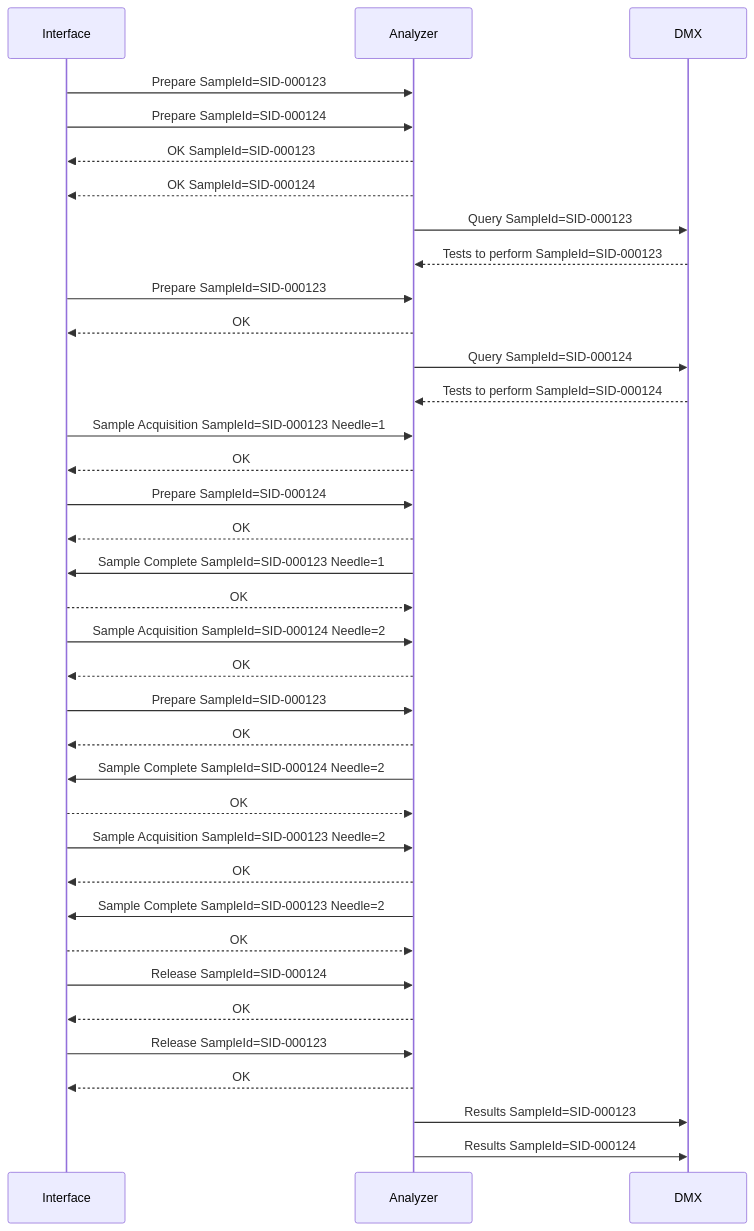
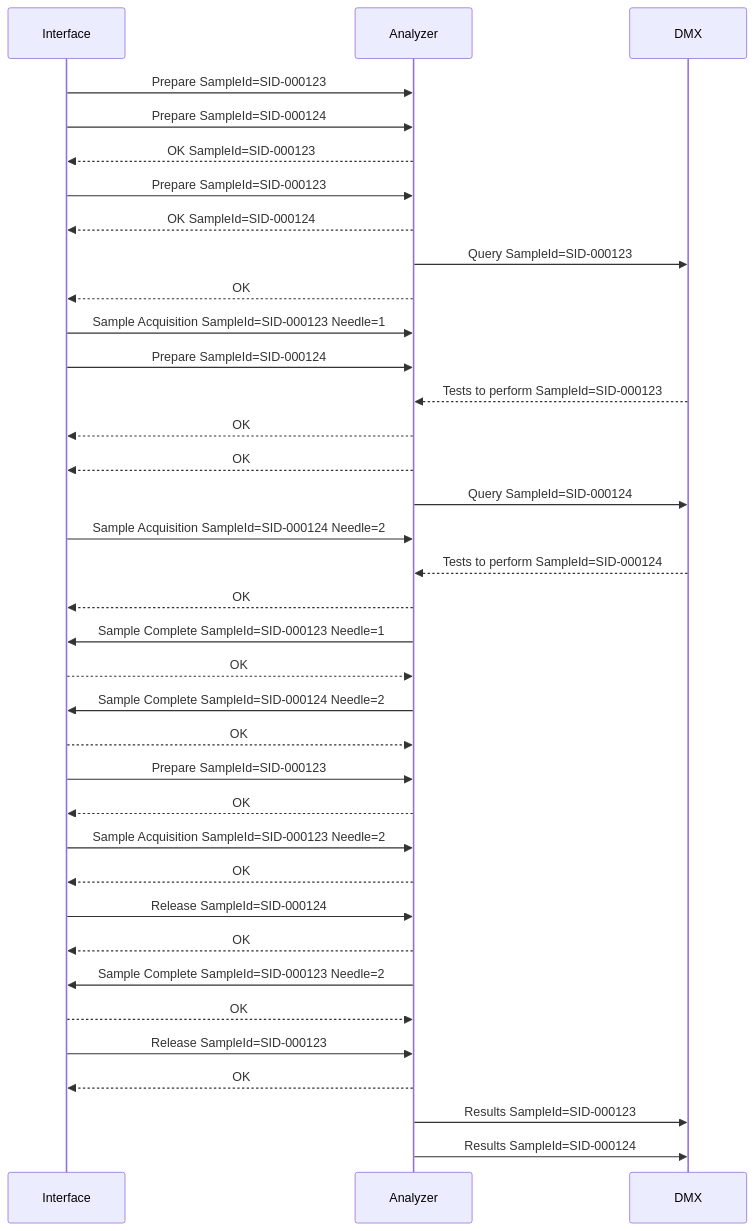
The diagram in scenes/13_spur2_happy_path.mmd (specialk74/trackviz), drawn with Mermaid before and after one commit. The commit also changed 31 other files, not shown here.

```diff
--- a/scenes/13_spur2_happy_path.mmd
+++ b/scenes/13_spur2_happy_path.mmd
@@ -1,199 +1,144 @@
 %% # Scene 13 — spur with one analyzer and two needles, happy path
 %% # C1 needs both needles, C2 only needle 2: Prepare at the NSD, Prepare again at each
 %% # divert that diverts it, one Sample Acquisition per needle with the Needle parameter.
 %% # Carrier flow: right to left on the Main-Lane, up the spur, down the back branch.
 %% # Coordinates are in a fixed 1920x1080 space (track panel: x 30..950, y 120..885).
 %% # Points left of x=30 or right of x=950 are outside the panel (hidden).
 %% geometry spur2
 %% subtitle Spur with one analyzer and two sampling points — happy path
 sequenceDiagram
     participant IF as Interface
     participant AN as Analyzer
     participant DMX as DMX
 
-    %% carrier C1 SID-000123 route=main_in,nsd,pit_in,w1c,w1b,spur_in,w1,d1,q2,pc1,q1,s1,pt1u,rj1,w2,d2,qb2,pc2,qb1,s2,pt2u,rj2,top_r,top_l,back,po,merge,iface_out,main_out,gone speed=120
-    %% carrier C2 SID-000124 route=spawn,main_in,nsd,pit_in,w1c,w1b,spur_in,w1,d1,w2,d2,qb2,pc2,qb1,s2,pt2u,rj2,top_r,top_l,back,po,merge,iface_out,main_out,gone speed=120 color=#0EA5E9
+    %% carrier C1 SID-000123 route=main_in,nsd,pit_in,w1c,w1b,spur_in,w1,d1,q2,pc1,q1,s1,pt1u,rj1,w2,d2,qb2,pc2,qb1,s2,pt2u,rj2,top_r,top_l,back,po,merge,iface_out,main_out,gone
+    %% carrier C2 SID-000124 route=spawn,main_in,nsd,pit_in,w1c,w1b,spur_in,w1,d1,w2,d2,qb2,pc2,qb1,s2,pt2u,rj2,top_r,top_l,back,po,merge,iface_out,main_out,gone color=#0EA5E9
 
-    %% at 0
     %% caption 1 · One analyzer, two sampling points | The spur serves one analyzer with two needles, each on its own pit-lane. Which needles a sample needs depends on its tests: one of them, or both.
-    %% at 1
-    %% move C1 to nsd ease=in
-    %% at 1.6
-    %% move C2 to nsd ease=linear
-    %% when C1 at nsd
-    %% caption 2 · Diverted — Prepare | Each carrier is diverted into the spur without stopping, and the interface sends Prepare to the analyzer.
-    %% when C1 at nsd
+    %% at 2.5
+    %% move C1 to nsd
+    %% at 2.89
+    %% move C2 to nsd
+    %% on antenna1 C1
     %% highlight nsd duration=1.6
-    %% when C1 at nsd
+    %% on antenna1
     IF->>AN: Prepare SampleId=SID-000123
-    %% when C1 at nsd
-    %% move C1 to d1 ease=out
-    %% when C2 at nsd
-    %% move C2 to w1 ease=out
-    %% when C2 at nsd
+    %% on antenna1
+    %% move C1 to d1
+    %% on antenna1
+    %% move C2 to d1
+    %% on antenna1 C2
     %% highlight nsd duration=1.6
-    %% when C2 at nsd
+    %% on antenna1
     IF->>AN: Prepare SampleId=SID-000124
-    %% when prepare C1 sent
-    %% delay 1.7
+    %% after 0.2 Prepare C1
     AN-->>IF: OK SampleId=SID-000123
-    %% when prepare C2 sent
-    %% delay 1.7
-    AN-->>IF: OK SampleId=SID-000124
-    %% when sample_ok C1 arrived
-    %% delay 0.2
-    AN->>DMX: Query SampleId=SID-000123
-    %% when query C1 sent
-    %% delay 1.7
-    DMX-->>AN: Tests to perform SampleId=SID-000123
-    %% when C1 at d1
+    %% on antenna2 C1
     %% highlight div1 duration=0.6
-    %% when C1 at d1
-    %% caption 3 · Standard divert — Prepare again | Unlike at the entrance of the spur, here the carrier stops and is read. This sample needs needle 1: Prepare again, then it is diverted while the next carrier stops behind.
-    %% when C1 at d1
-    %% delay 0.1
+    %% on antenna2 C1
+    %% caption 2 · Standard divert — Prepare again | Each carrier is diverted into the spur without stopping (Prepare), then stops at the divert and is read. The first needs needle 1: Prepare again and diverted. The second only needs needle 2: straight on.
+    %% after 0.1 antenna2 C1
     %% color #9333EA
     IF->>AN: Prepare SampleId=SID-000123
-    %% when prepare_again C1 arrived
-    %% delay 0.1
+    %% after 0.2 Prepare C2
+    AN-->>IF: OK SampleId=SID-000124
+    %% after 0.6 antenna2 C1
+    %% move C1 to s1
+    %% on antenna2 C2
+    %% highlight div1 duration=0.6
+    %% after 0.2 OK C1
+    AN->>DMX: Query SampleId=SID-000123
+    %% after 0.401 antenna2 C2
+    %% move C2 to d2
+    %% after 0.1 Prepare C1
     %% for C1
     AN-->>IF: OK
-    %% when C1 at d1
-    %% delay 0.6
-    %% move C1 to s1 ease=inout
-    %% when tests C1 arrived
-    %% delay 0.1
-    AN->>DMX: Query SampleId=SID-000124
-    %% when C2 at w1
-    %% delay 1.575
-    %% move C2 to d1 ease=inout
-    %% when query C2 sent
-    %% delay 1.7
-    DMX-->>AN: Tests to perform SampleId=SID-000124
-    %% when C2 at d1
-    %% highlight div1 duration=0.6
-    %% when C2 at d1
-    %% caption 4 · The next carrier goes straight on | The second carrier also stops and is read, but it only needs needle 2: it goes straight on to the second divert, where it gets Prepare again.
-    %% when C2 at d1
-    %% delay 0.401
-    %% move C2 to d2 ease=inout
-    %% when C1 at s1
-    %% delay 0.3
+    %% after 0.3 antenna3 C1
     IF->>AN: Sample Acquisition SampleId=SID-000123 Needle=1
-    %% when sample_acquisition_needle C1 arrived
-    %% delay 0.1
+    %% on antenna4 C2
+    %% highlight div2 duration=0.6
+    %% after 0.1 antenna4 C2
+    %% color #9333EA
+    IF->>AN: Prepare SampleId=SID-000124
+    %% after 0.2 Query C1
+    DMX-->>AN: Tests to perform SampleId=SID-000123
+    %% after 0.6 antenna4 C2
+    %% move C2 to s2
+    %% after 0.1 Sample Acquisition C1
     %% for C1
     AN-->>IF: OK
-    %% when analyzer_ok C1 arrived
-    %% delay 0.1
-    %% pipette sp1 duration=4
-    %% when C2 at d2
-    %% highlight div2 duration=0.6
-    %% when C2 at d2
-    %% delay 0.1
-    %% color #9333EA
-    IF->>AN: Prepare SampleId=SID-000124
-    %% when prepare_again C2 arrived
-    %% delay 0.1
+    %% after 0.1 Prepare C2
     %% for C2
     AN-->>IF: OK
-    %% when C2 at d2
-    %% delay 0.6
-    %% move C2 to s2 ease=inout
-    %% when pipette sp1 done
-    %% delay 0.2
+    %% after 0.1 Tests to perform C1
+    AN->>DMX: Query SampleId=SID-000124
+    %% after 0.2 antenna5 C2
+    IF->>AN: Sample Acquisition SampleId=SID-000124 Needle=2
+    %% after 0.1 OK C1
+    %% pipette sp1 duration=4
+    %% after 0.2 Query C2
+    DMX-->>AN: Tests to perform SampleId=SID-000124
+    %% after 0 Sample Acquisition C2
+    %% caption 3 · Sample Acquisition with the needle id | There is one Sample Acquisition for each sampling point: the Needle parameter tells the analyzer which needle must come out. Sample Complete carries the same id.
+    %% after 0.1 Sample Acquisition C2
+    %% for C2
+    AN-->>IF: OK
+    %% after 0.1
+    %% pipette sp2 duration=4
+    %% after 0.2 pipette sp1
     AN->>IF: Sample Complete SampleId=SID-000123 Needle=1
-    %% when sample_complete_needle C1 arrived
-    %% delay 0.1
+    %% after 0.1
     %% for C1
     IF-->>AN: OK
-    %% when C2 at s2
-    %% delay 0.2
-    IF->>AN: Sample Acquisition SampleId=SID-000124 Needle=2
-    %% when sample_acquisition_needle C2 arrived
-    %% delay 0.1
+    %% after 0.2 pipette sp2
+    AN->>IF: Sample Complete SampleId=SID-000124 Needle=2
+    %% after 0 OK C1
+    %% move C1 to d2
+    %% after 0.1 Sample Complete C2
+    %% for C2
+    IF-->>AN: OK
+    %% on antenna4 C1
+    %% caption 4 · The first sample also needs needle 2 | Leaving needle 1 the carrier stops at the second divert: Prepare again. It also needs needle 2, so it enters the second pit-lane right away, even if the carrier ahead is still there.
+    %% on antenna4 C1
+    %% highlight div2 duration=0.6
+    %% after 0.1 antenna4 C1
+    %% color #9333EA
+    IF->>AN: Prepare SampleId=SID-000123
+    %% after 0 OK C2
+    %% move C1 to s2
+    %% after 0 OK C2
+    %% move C2 to gone
+    %% after 0.1 Prepare C1
+    %% for C1
+    AN-->>IF: OK
+    %% after 0.2 antenna5 C1
+    IF->>AN: Sample Acquisition SampleId=SID-000123 Needle=2
+    %% after 0.1
+    %% for C1
+    AN-->>IF: OK
+    %% after 0.1
+    %% pipette sp2 duration=4
+    %% on antenna6 C2
+    %% caption 5 · Release | Leaving the interface module each carrier gets one Release, however many needles sampled it.
+    %% on antenna6
+    IF->>AN: Release SampleId=SID-000124
+    %% after 0.1
     %% for C2
     AN-->>IF: OK
-    %% when sample_acquisition_needle C2 sent
-    %% delay 0.001
-    %% caption 5 · Sample Acquisition with the needle id | There is one Sample Acquisition for each sampling point: the Needle parameter tells the analyzer which needle must come out. Sample Complete carries the same id.
-    %% when interface_ok C1 sent
-    %% move C1 to d2 ease=inout
-    %% when analyzer_ok C2 arrived
-    %% delay 0.1
-    %% pipette sp2 duration=4
-    %% when C1 at d2
-    %% caption 6 · The first sample also needs needle 2 | Leaving needle 1 the carrier stops at the second divert: Prepare again. It also needs needle 2, so it enters the second pit-lane right away, even if the carrier ahead is still there.
-    %% when C1 at d2
-    %% highlight div2 duration=0.6
-    %% when C1 at d2
-    %% delay 0.1
-    %% color #9333EA
-    IF->>AN: Prepare SampleId=SID-000123
-    %% when prepare_again C1 arrived
-    %% delay 0.1
+    %% after 0.2 pipette sp2
+    AN->>IF: Sample Complete SampleId=SID-000123 Needle=2
+    %% after 0.1
+    %% for C1
+    IF-->>AN: OK
+    %% move C1 to gone
+    %% on antenna6
+    IF->>AN: Release SampleId=SID-000123
+    %% after 0.1
     %% for C1
     AN-->>IF: OK
-    %% when pipette sp2 done
-    %% delay 0.2
-    AN->>IF: Sample Complete SampleId=SID-000124 Needle=2
-    %% when sample_complete_needle C2 arrived
-    %% delay 0.1
-    %% for C2
-    IF-->>AN: OK
-    %% when interface_ok C2 sent
-    %% move C1 to s2 ease=inout
-    %% when interface_ok C2 sent
-    %% move C2 to pt2u ease=in
-    %% when C2 at pt2u
-    %% move C2 to merge ease=linear
-    %% when C1 at s2
-    %% delay 0.2
-    IF->>AN: Sample Acquisition SampleId=SID-000123 Needle=2
-    %% when sample_acquisition_needle C1 arrived
-    %% delay 0.1
-    %% for C1
-    AN-->>IF: OK
-    %% when analyzer_ok C1 arrived
-    %% delay 0.1
-    %% pipette sp2 duration=4
-    %% when pipette sp2 done
-    %% delay 0.2
-    AN->>IF: Sample Complete SampleId=SID-000123 Needle=2
-    %% when sample_complete_needle C1 arrived
-    %% delay 0.1
-    %% for C1
-    IF-->>AN: OK
-    %% when interface_ok C1 sent
-    %% move C1 to pt2u ease=in
-    %% when C2 at merge
-    %% delay 0.001
-    %% move C2 to gone ease=out
-    %% when C2 at iface_out
-    %% caption 7 · Release | Leaving the interface module each carrier gets one Release, however many needles sampled it.
-    %% when C2 at iface_out
-    IF->>AN: Release SampleId=SID-000124
-    %% when release C2 arrived
-    %% delay 0.1
-    %% for C2
-    AN-->>IF: OK
-    %% when C1 at pt2u
-    %% move C1 to merge ease=linear
-    %% when C1 at merge
-    %% delay 0.001
-    %% move C1 to gone ease=out
-    %% when C1 at iface_out
-    IF->>AN: Release SampleId=SID-000123
-    %% when release C1 arrived
-    %% delay 0.1
-    %% for C1
-    AN-->>IF: OK
-    %% when analyzer_ok C1 arrived
-    %% delay 0.5
-    %% caption 8 · Results | Later, when the analysis is complete, the analyzer sends the results to DMX.
-    %% when analyzer_ok C1 arrived
-    %% delay 0.5
+    %% after 0.5
+    %% caption 6 · Results | Later, when the analysis is complete, the analyzer sends the results to DMX.
+    %% after 0.5 OK C1
     AN->>DMX: Results SampleId=SID-000123
-    %% when results C1 arrived
-    %% delay 0.2
+    %% after 0.2
     AN->>DMX: Results SampleId=SID-000124
```
